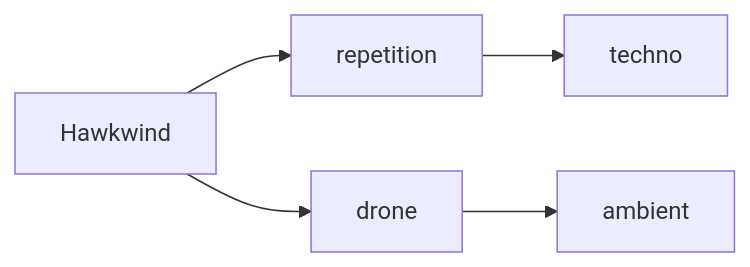
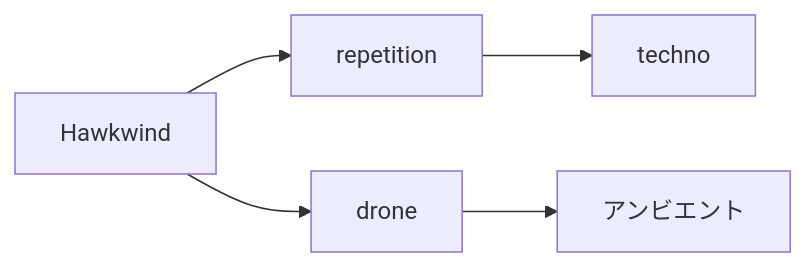
Before and after one commit to monumental-movement/monumental-movement.github.io: the fifth of 6 diagrams in en/_posts/2026-04-18-column-hawkwind.md, drawn with Mermaid. The commit also changed other lines of this file and 2196 other files, not shown here.

```diff
--- a/en/_posts/2026-04-18-column-hawkwind.md
+++ b/en/_posts/2026-04-18-column-hawkwind.md
@@ -168,7 +168,7 @@
 <div class="mermaid">
 graph LR
 A[Hawkwind] --> B[repetition]
 B --> C[techno]
 A --> D[drone]
-D --> E[ambient]
+D --> E[アンビエント]
 </div>
```
